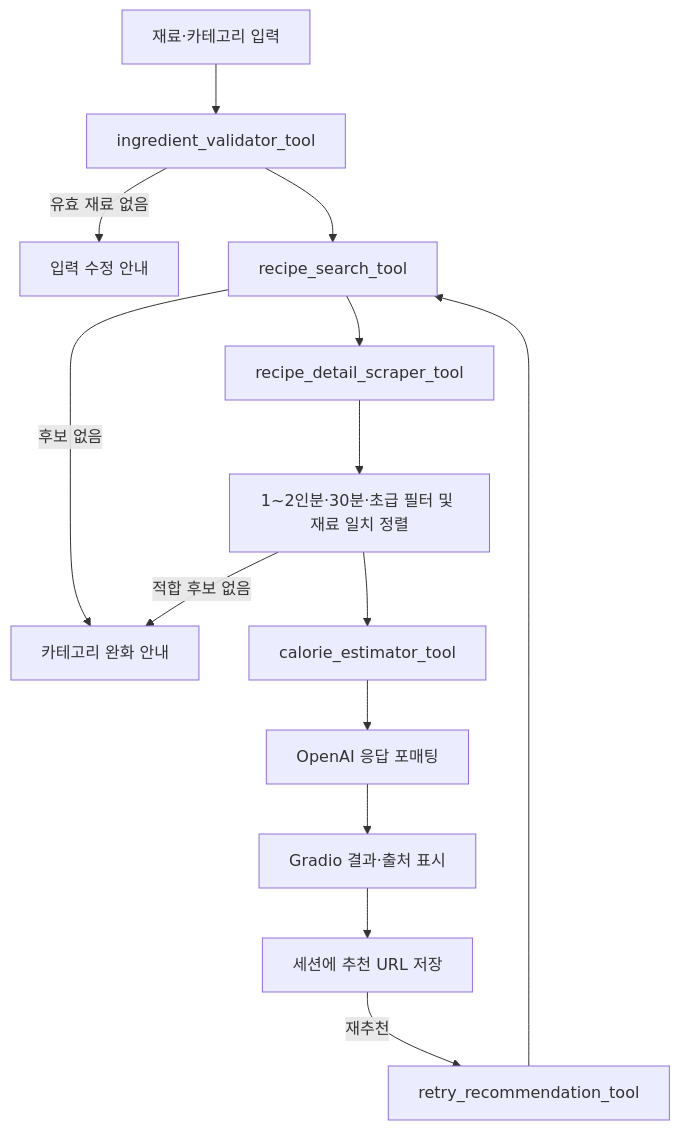
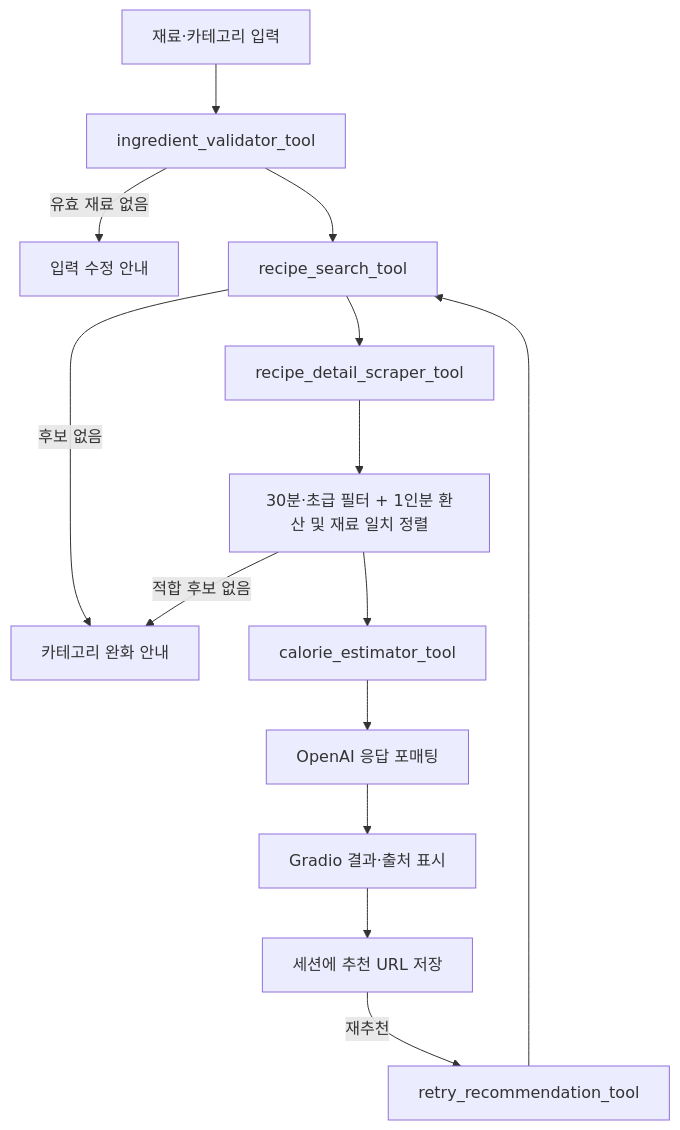
One commit to bluealmond33-debug/HomeAlone-KDA4 changed the diagram in PRD.md. Above: the diagram before and after it, drawn with Mermaid. The commit also changed other lines of this file and 5 other files, not shown here.

````diff
--- a/PRD.md
+++ b/PRD.md
@@ -384,16 +387,16 @@
 ```mermaid
 flowchart TD
     U["재료·카테고리 입력"] --> V["ingredient_validator_tool"]
     V -->|"유효 재료 없음"| E1["입력 수정 안내"]
     V --> S["recipe_search_tool"]
     S -->|"후보 없음"| E2["카테고리 완화 안내"]
     S --> D["recipe_detail_scraper_tool"]
-    D --> F["1~2인분·30분·초급 필터 및 재료 일치 정렬"]
+    D --> F["30분·초급 필터 + 1인분 환산 및 재료 일치 정렬"]
     F -->|"적합 후보 없음"| E2
     F --> C["calorie_estimator_tool"]
     C --> O["OpenAI 응답 포매팅"]
     O --> G["Gradio 결과·출처 표시"]
     G --> ST["세션에 추천 URL 저장"]
     ST -->|"재추천"| R["retry_recommendation_tool"]
     R --> S
 ```
````
